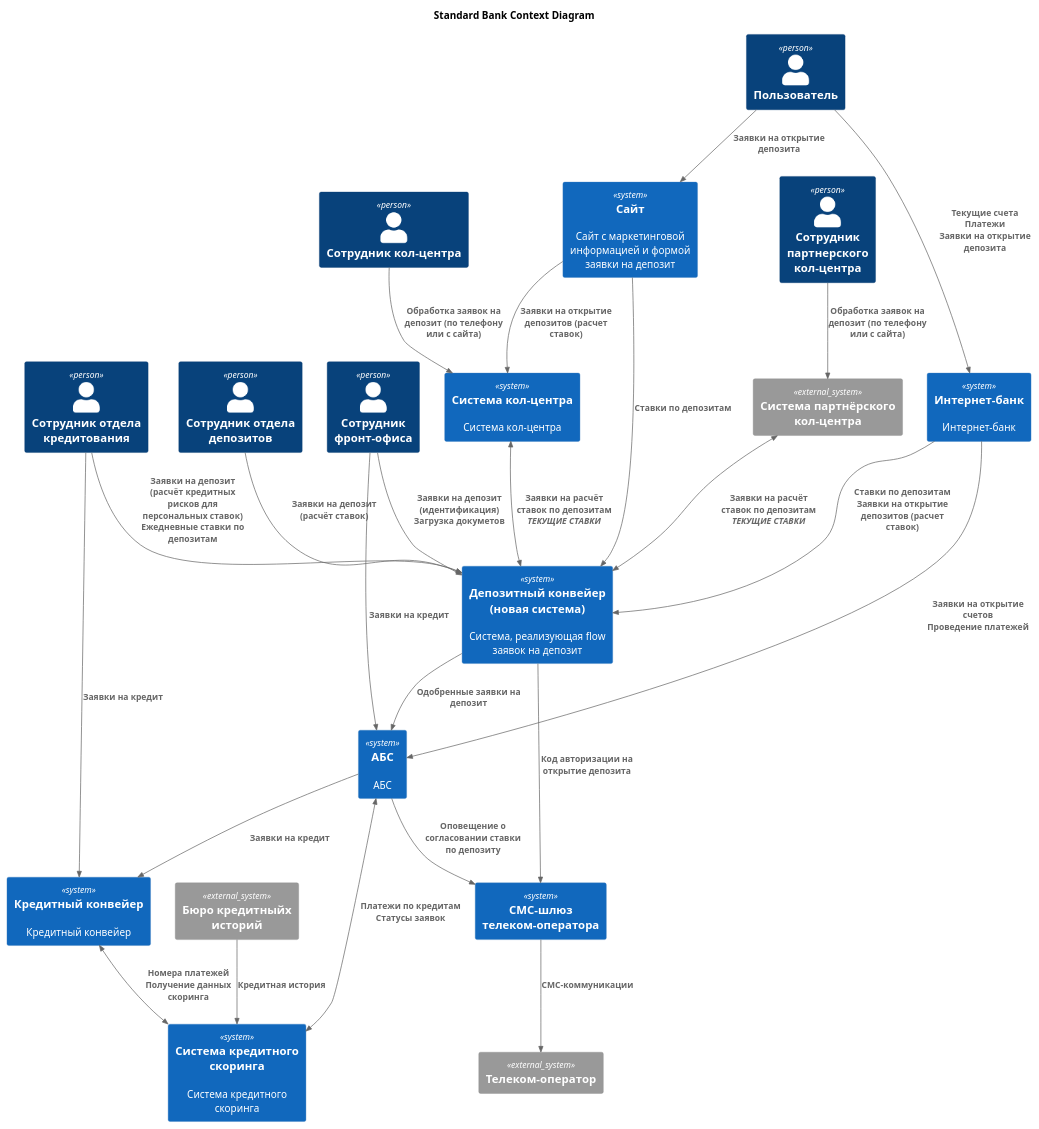
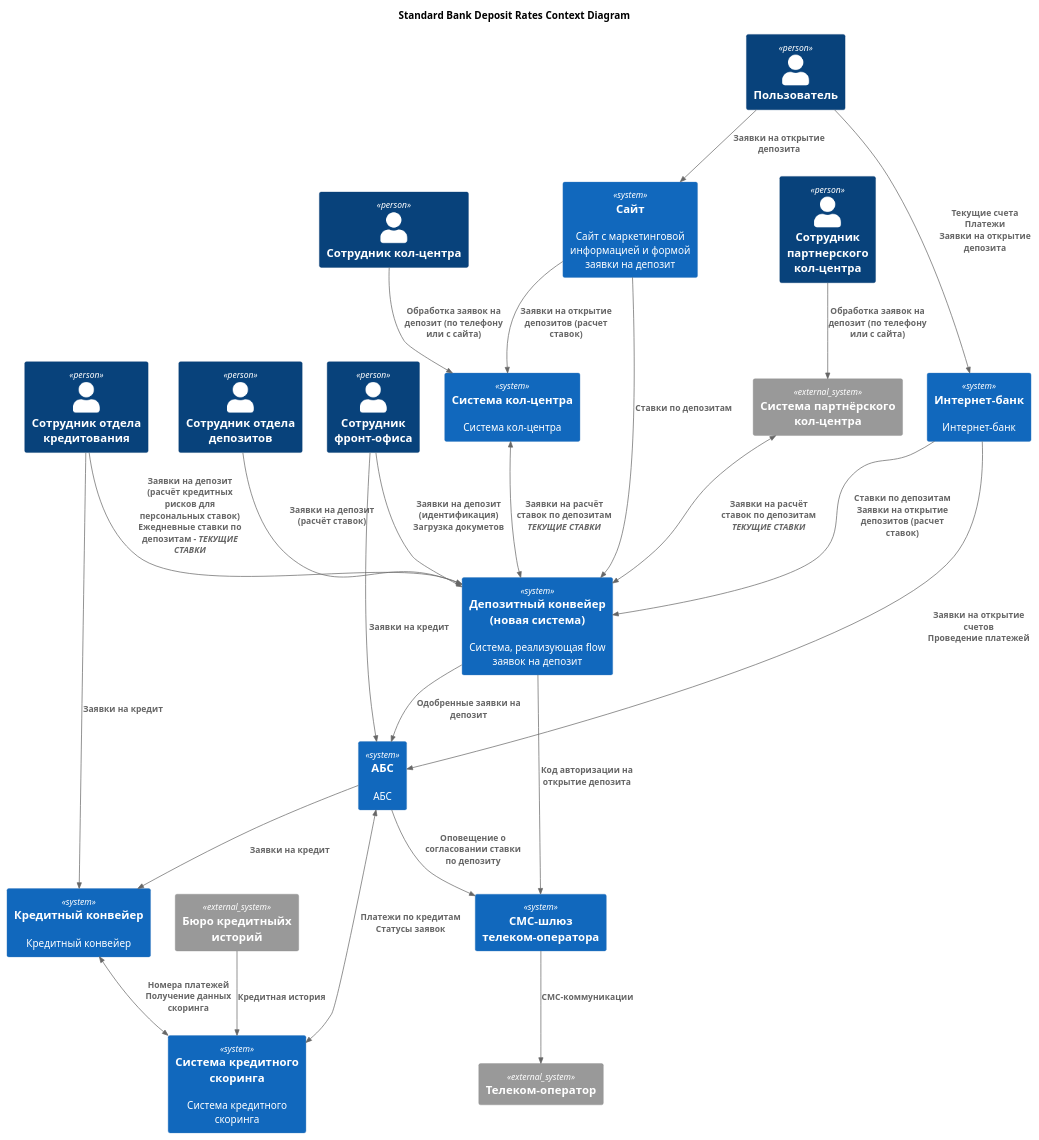
The diagram in Task4/Context.puml (El-76/architect-standard), drawn with PlantUML before and after one commit. The commit also changed 1 other file, not shown here.

```diff
--- a/Task4/Context.puml
+++ b/Task4/Context.puml
@@ -2,61 +2,61 @@
 @startuml StandardContext
 
-title Standard Bank Context Diagram
+title Standard Bank Deposit Rates Context Diagram
 
 !include <C4/C4_Component>
 
 Person(Customer, "Пользователь")
 Person(CallCenterEmployee, "Сотрудник кол-центра")
 Person(PartnerCallCenterEmployee, "Сотрудник партнерского кол-центра")
 Person(FrontOfficeEmployee, "Сотрудник фронт-офиса")
 Person(DepositBackOfficeEmployee, "Сотрудник отдела депозитов")
 Person(CreditBackOfficeEmployee, "Сотрудник отдела кредитования")
 
 System(WebSite, "Сайт", "Сайт с маркетинговой информацией и формой заявки на депозит")
 System(InternetBank, "Интернет-банк","Интернет-банк")
 System(CRM, "Система кол-центра","Система кол-центра")
 System(ABS, "АБС","АБС")
 System(DepositConveyor, "Депозитный конвейер (новая система)", "Система, реализующая flow заявок на депозит")
 System(CreditConveyor, "Кредитный конвейер", "Кредитный конвейер")
 System(CreditScoring, "Система кредитного скоринга", "Система кредитного скоринга")
 System(SMSGateway, "СМС-шлюз телеком-оператора")
 
 System_Ext(PartnerCRM, "Система партнёрского кол-центра")
 System_Ext(CreditHistoryBureau, "Бюро кредитныйх историй")
 System_Ext(CellularOperator, "Телеком-оператор")
 
 Rel(Customer, WebSite, "Заявки на открытие депозита")
 Rel(Customer, InternetBank, "Текущие счета\nПлатежи\nЗаявки на открытие депозита")
 
 Rel(FrontOfficeEmployee, DepositConveyor, "Заявки на депозит (идентификация)\nЗагрузка докуметов")
 Rel(FrontOfficeEmployee, ABS, "Заявки на кредит")
 Rel(DepositBackOfficeEmployee, DepositConveyor, "Заявки на депозит (расчёт ставок)")
-Rel(CreditBackOfficeEmployee, DepositConveyor, "Заявки на депозит (расчёт кредитных рисков для персональных ставок)\nЕжедневные ставки по депозитам")
+Rel(CreditBackOfficeEmployee, DepositConveyor, "Заявки на депозит (расчёт кредитных рисков для персональных ставок)\nЕжедневные ставки по депозитам - <i>ТЕКУЩИЕ СТАВКИ</i>")
 Rel(CreditBackOfficeEmployee, CreditConveyor, "Заявки на кредит")
 Rel(CallCenterEmployee, CRM, "Обработка заявок на депозит (по телефону или с сайта)")
 Rel(PartnerCallCenterEmployee, PartnerCRM, "Обработка заявок на депозит (по телефону или с сайта)")
 
 Rel(WebSite, DepositConveyor, "Ставки по депозитам")
 Rel(WebSite, CRM, "Заявки на открытие депозитов (расчет ставок)")
 
 Rel(InternetBank, ABS, "Заявки на открытие счетов\nПроведение платежей")
 Rel(InternetBank, DepositConveyor, "Ставки по депозитам\nЗаявки на открытие депозитов (расчет ставок)")
 
 Rel(ABS, SMSGateway, "Оповещение о согласовании ставки по депозиту")
 Rel(DepositConveyor, SMSGateway, "Код авторизации на открытие депозита")
 
 Rel(DepositConveyor, ABS, "Одобренные заявки на депозит")
 
 Rel(ABS, CreditConveyor, "Заявки на кредит")
 BiRel(ABS, CreditScoring, "Платежи по кредитам\nСтатусы заявок")
 BiRel(CreditConveyor, CreditScoring, "Номера платежей\nПолучение данных скоринга")
 
 Rel(CreditHistoryBureau, CreditScoring, "Кредитная история")
 
 BiRel(CRM, DepositConveyor, "Заявки на расчёт ставок по депозитам\n<i>ТЕКУЩИЕ СТАВКИ</i>")
 BiRel(PartnerCRM, DepositConveyor, "Заявки на расчёт ставок по депозитам\n<i>ТЕКУЩИЕ СТАВКИ</i>")
 
 Rel(SMSGateway, CellularOperator, "СМС-коммуникации")
 
 
 @enduml
```
